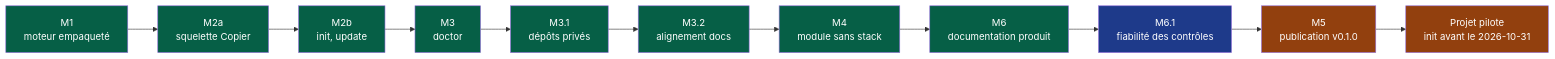
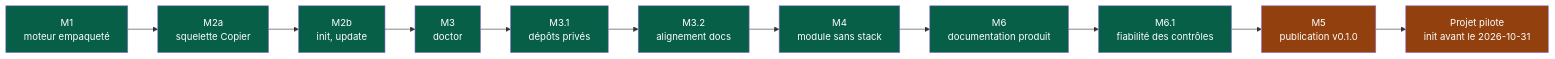
One commit to NapkinStack/engineering-os changed the diagram in docs/governance/plans/2026-09-15-moteur-v0.1.0.md. Above: the diagram before and after it, drawn with Mermaid. The commit also changed other lines of this file and 8 other files, not shown here.

````diff
--- a/docs/governance/plans/2026-09-15-moteur-v0.1.0.md
+++ b/docs/governance/plans/2026-09-15-moteur-v0.1.0.md
@@ -48,18 +48,18 @@
 ```mermaid
 flowchart LR
     M1["M1<br/>moteur empaqueté"]:::fait --> M2a["M2a<br/>squelette Copier"]:::fait
     M2a --> M2b["M2b<br/>init, update"]:::fait
     M2b --> M3["M3<br/>doctor"]:::fait
     M3 --> M31["M3.1<br/>dépôts privés"]:::fait
     M31 --> M32["M3.2<br/>alignement docs"]:::fait
     M32 --> M4["M4<br/>module sans stack"]:::fait
     M4 --> M6["M6<br/>documentation produit"]:::fait
-    M6 --> M61["M6.1<br/>fiabilité des contrôles"]:::encours
+    M6 --> M61["M6.1<br/>fiabilité des contrôles"]:::fait
     M61 --> M5["M5<br/>publication v0.1.0"]:::humain
     M5 --> PP["Projet pilote<br/>init avant le 2026-10-31"]:::humain
 
     classDef fait fill:#065f46,color:#fff
     classDef encours fill:#1e3a8a,color:#fff
     classDef afaire fill:#374151,color:#fff
     classDef humain fill:#92400e,color:#fff
 ```
````
